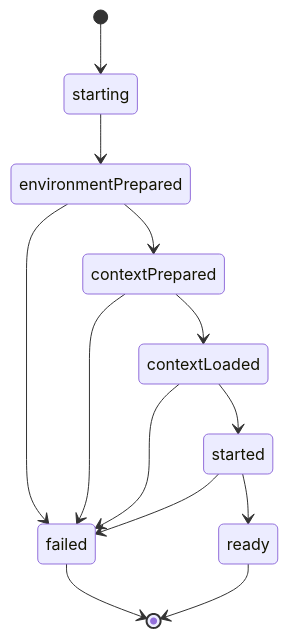
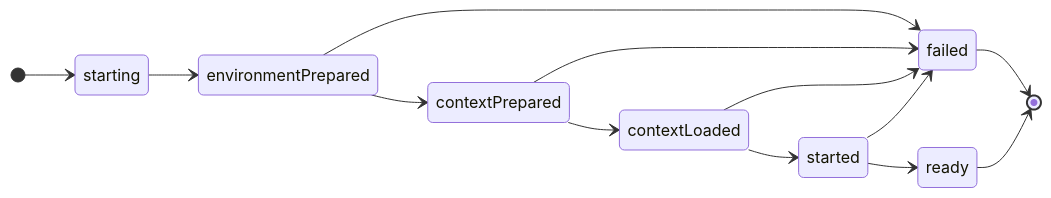
Before and after one commit to xdaijin/xdaijin.github.io: the first of 2 diagrams in content/post/spring.md, drawn with Mermaid.

Commit message:
content: 修改spring笔记

````diff
--- a/content/post/spring.md
+++ b/content/post/spring.md
@@ -68,15 +68,16 @@
 ```mermaid
   stateDiagram-v2
+    direction LR
     [*] --> starting
     starting --> environmentPrepared
     environmentPrepared --> contextPrepared
     environmentPrepared --> failed
     contextPrepared --> contextLoaded
     contextPrepared --> failed
     contextLoaded --> started
     contextLoaded --> failed
     started --> ready
     started --> failed
     failed --> [*]
     ready --> [*]
 ```
````
